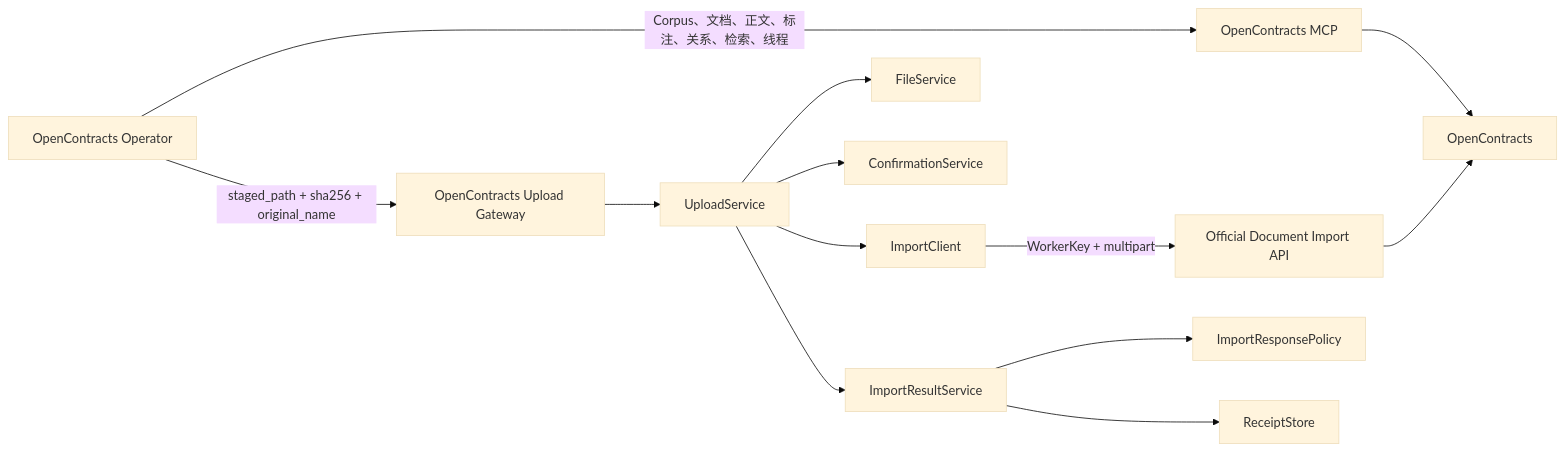
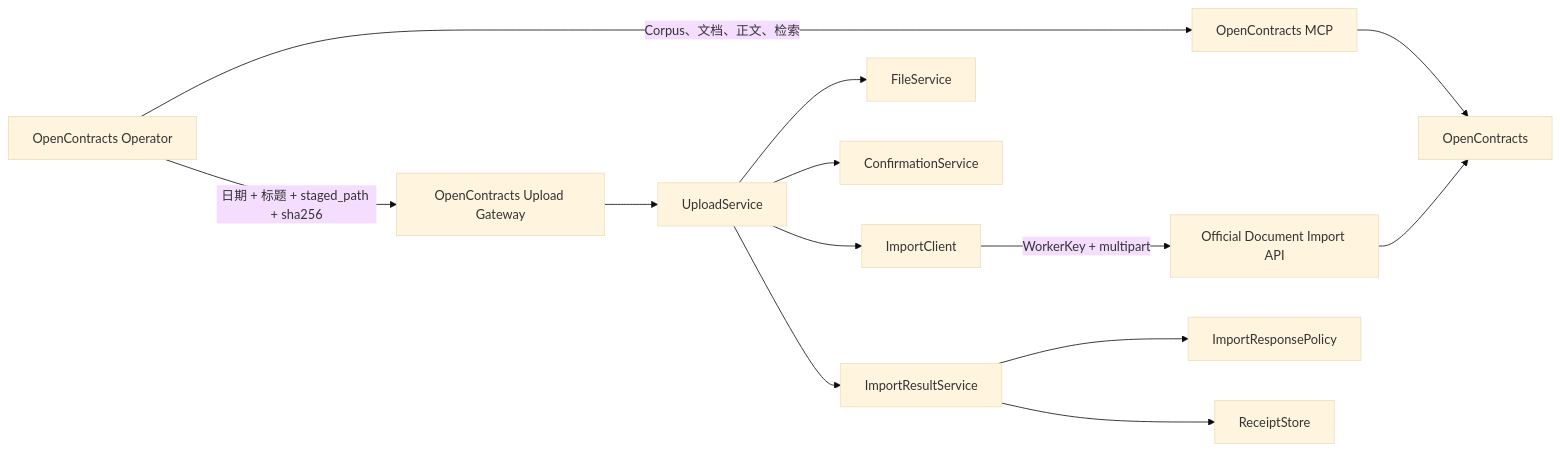
One commit to Ri0n72Y/ContractBotConfig changed the first of 3 diagrams in plugins/astrbot_plugin_opencontracts_gateway/README.md. Above: the diagram before and after it, drawn with Mermaid (base theme). The commit also changed other lines of this file, not shown here.

Commit message:
docs: align gateway 0.6.1 behavior

````diff
--- a/plugins/astrbot_plugin_opencontracts_gateway/README.md
+++ b/plugins/astrbot_plugin_opencontracts_gateway/README.md
@@ -18,28 +21,28 @@
 ```mermaid
 flowchart LR
     Operator[OpenContracts Operator]
     MCP[OpenContracts MCP]
     Gateway[OpenContracts Upload Gateway]
     FileService[FileService]
     Confirmation[ConfirmationService]
     UploadService[UploadService]
     ResponsePolicy[ImportResponsePolicy]
     ResultService[ImportResultService]
     ImportClient[ImportClient]
     ReceiptStore[ReceiptStore]
     ImportAPI[Official Document Import API]
     OC[OpenContracts]
 
-    Operator -->|Corpus、文档、正文、标注、关系、检索、线程| MCP
+    Operator -->|Corpus、文档、正文、检索| MCP
     MCP --> OC
-    Operator -->|staged_path + sha256 + original_name| Gateway
+    Operator -->|日期 + 标题 + staged_path + sha256| Gateway
     Gateway --> UploadService
     UploadService --> FileService
     UploadService --> Confirmation
     UploadService --> ImportClient
     ImportClient -->|WorkerKey + multipart| ImportAPI
     ImportAPI --> OC
     UploadService --> ResultService
     ResultService --> ResponsePolicy
     ResultService --> ReceiptStore
 ```
````
